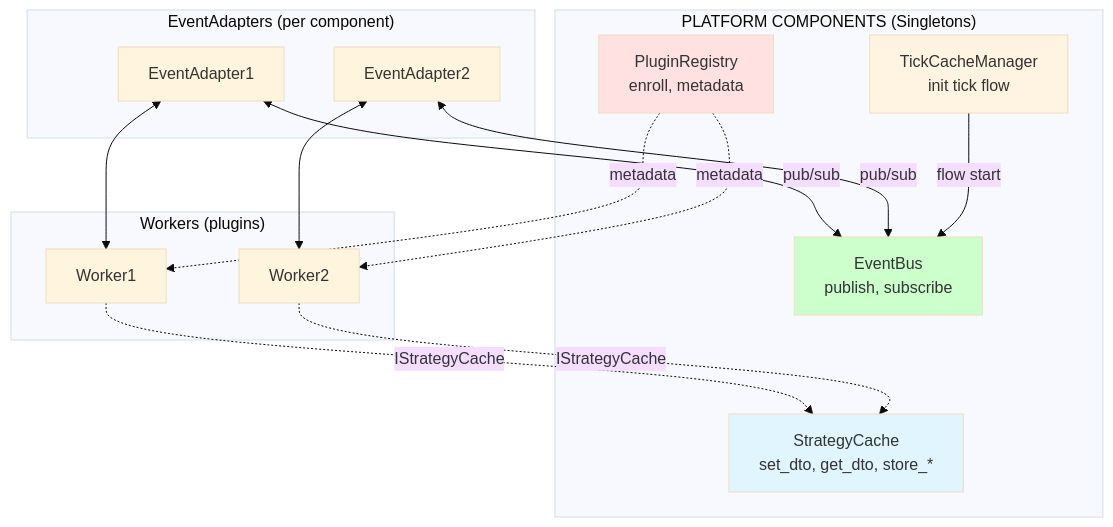
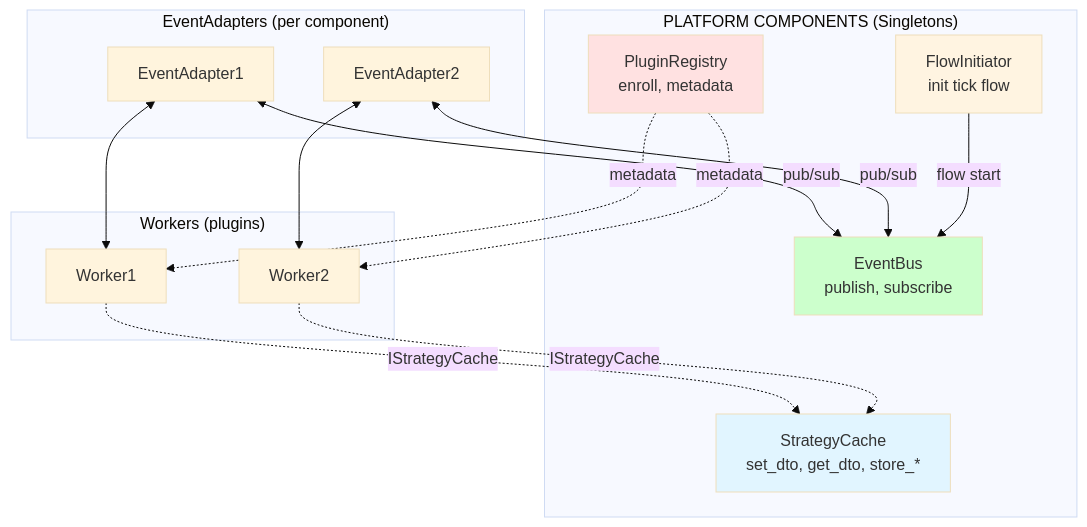
One commit to MikeyVK/S1mpleTraderV3 changed the second of 2 diagrams in docs/architecture/PLATFORM_COMPONENTS.md. Above: the diagram before and after it, drawn with Mermaid (base theme). The commit also changed other lines of this file and 29 other files, not shown here.

````diff
--- a/docs/architecture/PLATFORM_COMPONENTS.md
+++ b/docs/architecture/PLATFORM_COMPONENTS.md
@@ -524,38 +501,38 @@
 ```mermaid
 graph TB
     subgraph Platform["PLATFORM COMPONENTS (Singletons)"]
         Bus[EventBus<br/>publish, subscribe]
         Cache[StrategyCache<br/>set_dto, get_dto, store_*]
-        TCM[TickCacheManager<br/>init tick flow]
+        TCM[FlowInitiator<br/>init tick flow]
         Reg[PluginRegistry<br/>enroll, metadata]
     end
     
     subgraph Adapters["EventAdapters (per component)"]
         A1[EventAdapter1]
         A2[EventAdapter2]
     end
     
     subgraph Workers["Workers (plugins)"]
         W1[Worker1]
         W2[Worker2]
     end
     
     A1 <-->|pub/sub| Bus
     A2 <-->|pub/sub| Bus
     
     A1 <--> W1
     A2 <--> W2
     
     W1 -.IStrategyCache.-> Cache
     W2 -.IStrategyCache.-> Cache
     
     TCM -->|flow start| Bus
     
     Reg -.metadata.-> W1
     Reg -.metadata.-> W2
     
     style Bus fill:#ccffcc
     style Cache fill:#e1f5ff
     style TCM fill:#fff4e1
     style Reg fill:#ffe1e1
 ```
````
